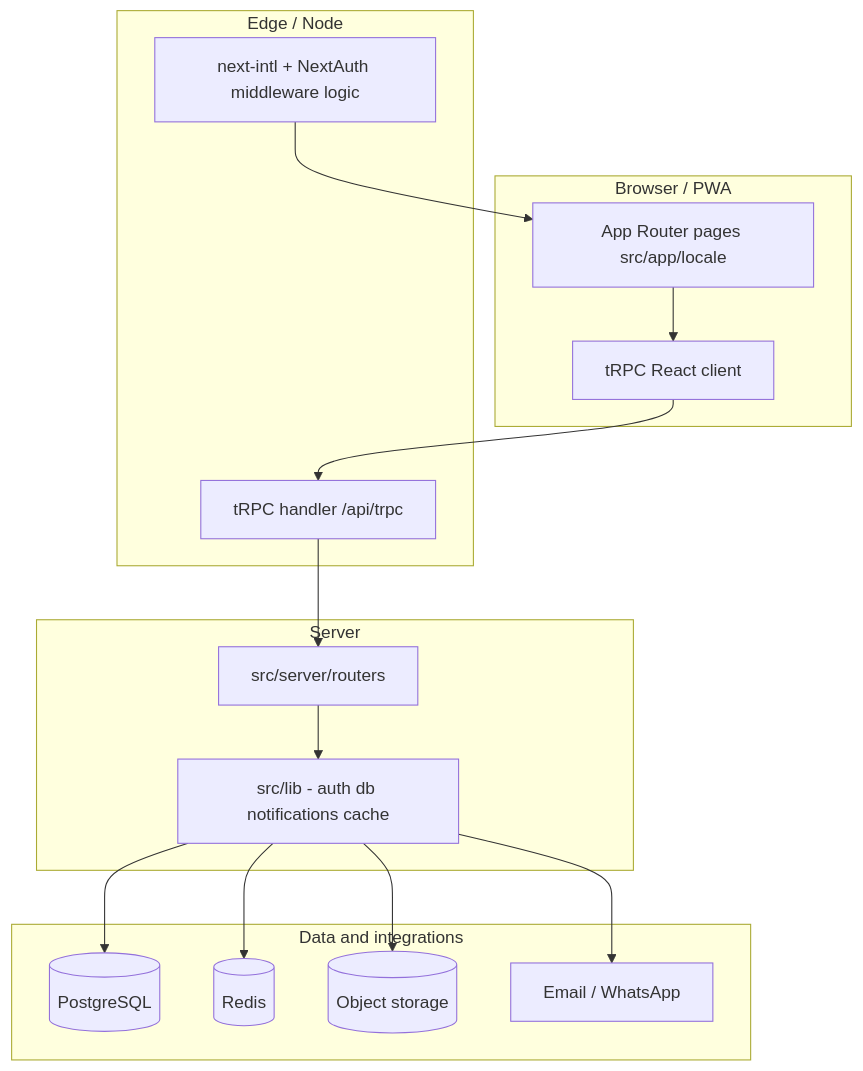
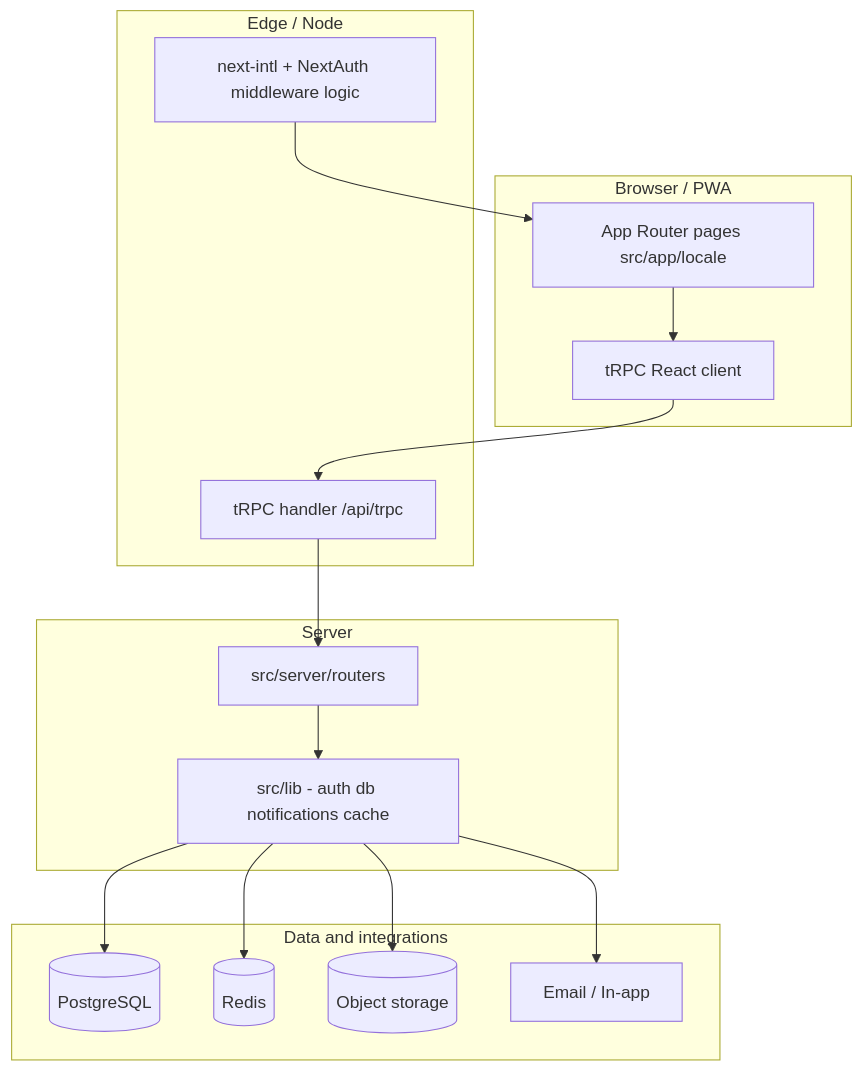
The diagram in docs/ADVANCED_TECHNICAL.md (nabra-dev/wengz), drawn with Mermaid before and after one commit. The commit also changed other lines of this file and 34 other files, not shown here.

Commit message:
refactor: remove WhatsApp integration from user models and forms, update localization keys for phone instead of WhatsApp, and clean up related UI components to enhance user experience and simplify codebase

````diff
--- a/docs/ADVANCED_TECHNICAL.md
+++ b/docs/ADVANCED_TECHNICAL.md
@@ -28,34 +28,34 @@
 ```mermaid
 flowchart TB
   subgraph client [Browser / PWA]
     Pages[App Router pages src/app/locale]
     TRPCReact[tRPC React client]
   end
 
   subgraph edge [Edge / Node]
     MW[next-intl + NextAuth middleware logic]
     API[tRPC handler /api/trpc]
   end
 
   subgraph server [Server]
     Routers[src/server/routers]
     Lib[src/lib - auth db notifications cache]
   end
 
   subgraph data [Data and integrations]
     PG[(PostgreSQL)]
     Redis[(Redis)]
     S3[(Object storage)]
-    Email[Email / WhatsApp]
+    Email[Email / In-app]
   end
 
   Pages --> TRPCReact
   TRPCReact --> API
   MW --> Pages
   API --> Routers
   Routers --> Lib
   Lib --> PG
   Lib --> Redis
   Lib --> S3
   Lib --> Email
 ```
````
